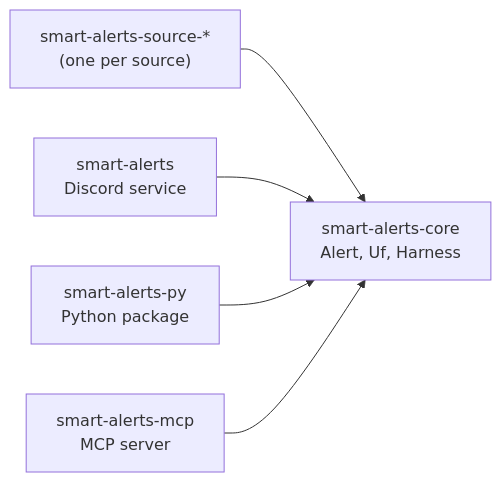
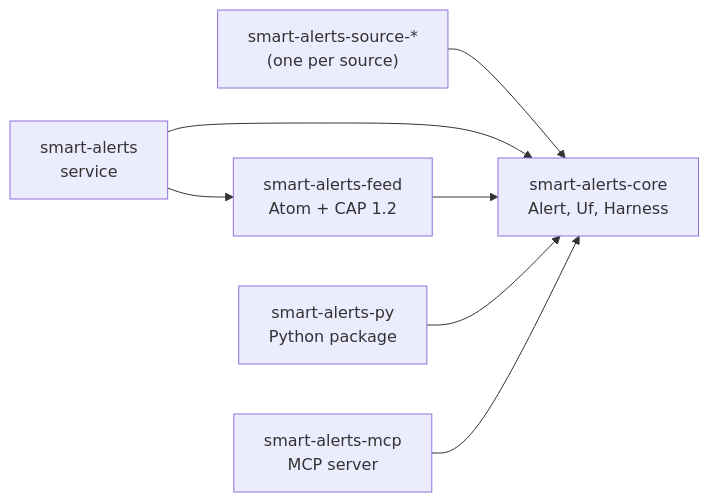
The diagram in README.en.md (piabrota/alerts), drawn with Mermaid before and after one commit. The commit also changed other lines of this file and 10 other files, not shown here.

First line of the commit message:
Add the Atom + CAP 1.2 channel, with parity with Discord

````diff
--- a/README.en.md
+++ b/README.en.md
@@ -72,9 +85,10 @@
 ```mermaid
 %% figure: crates
 %% title: Which crates exist, and which crate depends on which?
 flowchart LR
     S["smart-alerts-source-*<br/>(one per source)"] --> C["smart-alerts-core<br/>Alert, Uf, Harness"]
-    D["smart-alerts<br/>Discord service"] --> C
+    D["smart-alerts<br/>service"] --> C
+    D --> F["smart-alerts-feed<br/>Atom + CAP 1.2"] --> C
     P["smart-alerts-py<br/>Python package"] --> C
     M["smart-alerts-mcp<br/>MCP server"] --> C
 ```
````
